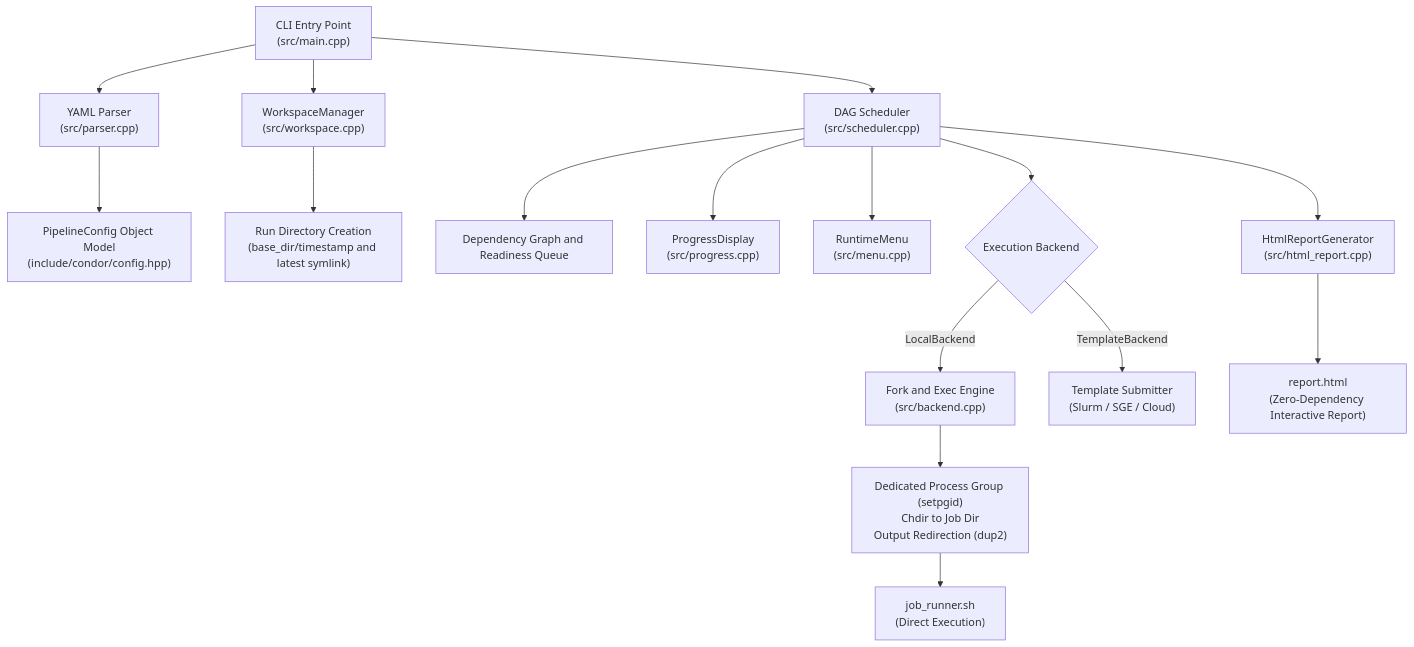
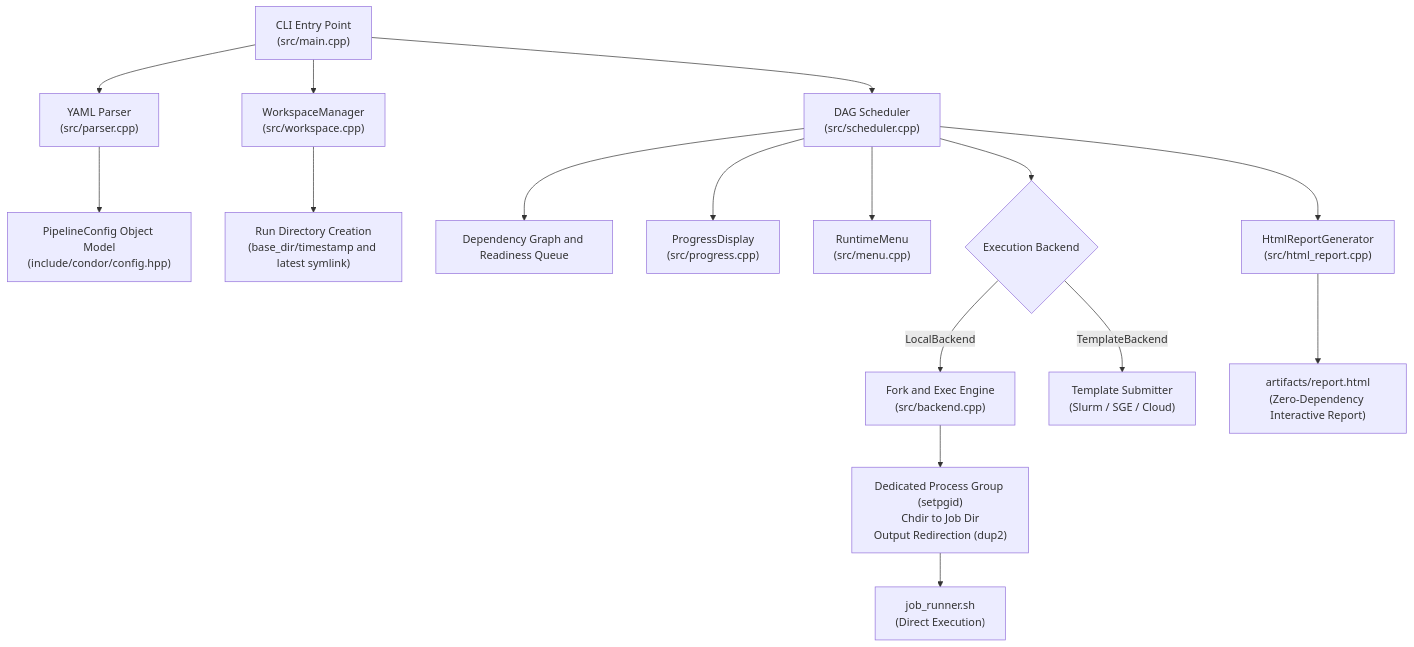
The first of 2 diagrams in docs/user/architecture.md (zkalves/condor), drawn with Mermaid before and after one commit. The commit also changed other lines of this file and 27 other files, not shown here.

````diff
--- a/docs/user/architecture.md
+++ b/docs/user/architecture.md
@@ -14,23 +14,23 @@
 ```mermaid
 flowchart TD
     CLI["CLI Entry Point\n(src/main.cpp)"] --> PARSER["YAML Parser\n(src/parser.cpp)"]
     PARSER --> CONFIG["PipelineConfig Object Model\n(include/condor/config.hpp)"]
     
     CLI --> WS["WorkspaceManager\n(src/workspace.cpp)"]
     WS --> RUN_DIR["Run Directory Creation\n(base_dir/timestamp and latest symlink)"]
     
     CLI --> SCHED["DAG Scheduler\n(src/scheduler.cpp)"]
     SCHED --> DAG["Dependency Graph and Readiness Queue"]
     SCHED --> PROGRESS["ProgressDisplay\n(src/progress.cpp)"]
     SCHED --> MENU["RuntimeMenu\n(src/menu.cpp)"]
     
     SCHED --> BACKEND{"Execution Backend"}
     BACKEND -->|LocalBackend| LOCAL["Fork and Exec Engine\n(src/backend.cpp)"]
     BACKEND -->|TemplateBackend| GRID["Template Submitter\n(Slurm / SGE / Cloud)"]
     
     LOCAL --> PGID["Dedicated Process Group (setpgid)\nChdir to Job Dir\nOutput Redirection (dup2)"]
     PGID --> RUNNER["job_runner.sh\n(Direct Execution)"]
     
     SCHED --> REPORT["HtmlReportGenerator\n(src/html_report.cpp)"]
-    REPORT --> HTML["report.html\n(Zero-Dependency Interactive Report)"]
+    REPORT --> HTML["artifacts/report.html\n(Zero-Dependency Interactive Report)"]
 ```
````
